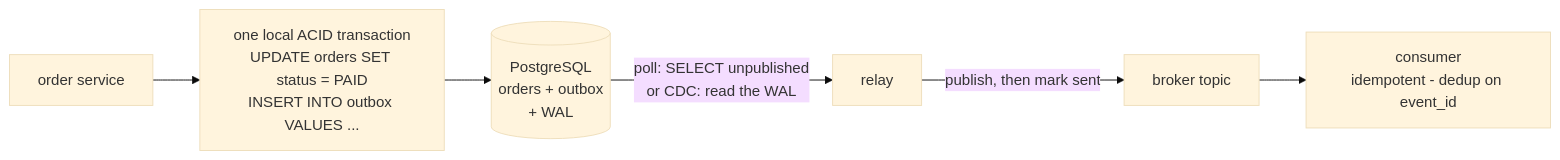
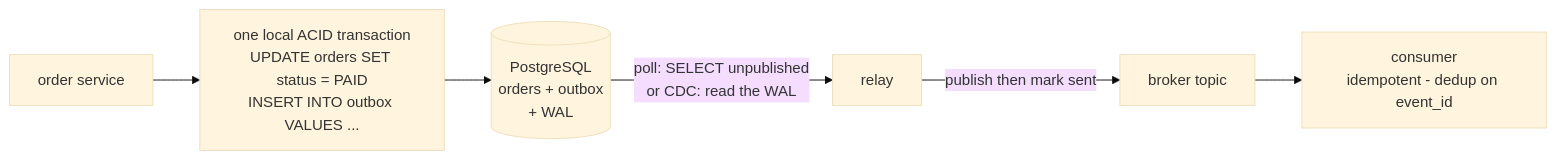
The fourth of 7 diagrams in vol-05-databases/ch10-distributed-transactions.md (bumbsclaw/textbooks), drawn with Mermaid (base theme) before and after one commit. The commit also changed other lines of this file and 173 other files, not shown here.

First line of the commit message:
fix(mermaid): close note brackets, semicolons in Notes, stateDiagram br -> dash, edge parens

````diff
--- a/vol-05-databases/ch10-distributed-transactions.md
+++ b/vol-05-databases/ch10-distributed-transactions.md
@@ -533,8 +533,8 @@
 ```mermaid
 flowchart LR
     SVC["order service"] --> TXN["one local ACID transaction<br/>UPDATE orders SET status = PAID<br/>INSERT INTO outbox VALUES ..."]
     TXN --> DB[("PostgreSQL<br/>orders + outbox<br/>+ WAL")]
-    DB -->|"poll: SELECT unpublished<br/>or CDC: read the WAL"| RELAY["relay"]
-    RELAY -->|"publish, then mark sent"| BROKER["broker topic"]
+    DB -->|"poll: SELECT unpublished<br >or CDC: read the WAL"| RELAY["relay"]
+    RELAY -->|"publish then mark sent"| BROKER["broker topic"]
     BROKER --> CON["consumer<br/>idempotent - dedup on event_id"]
 ```
````
